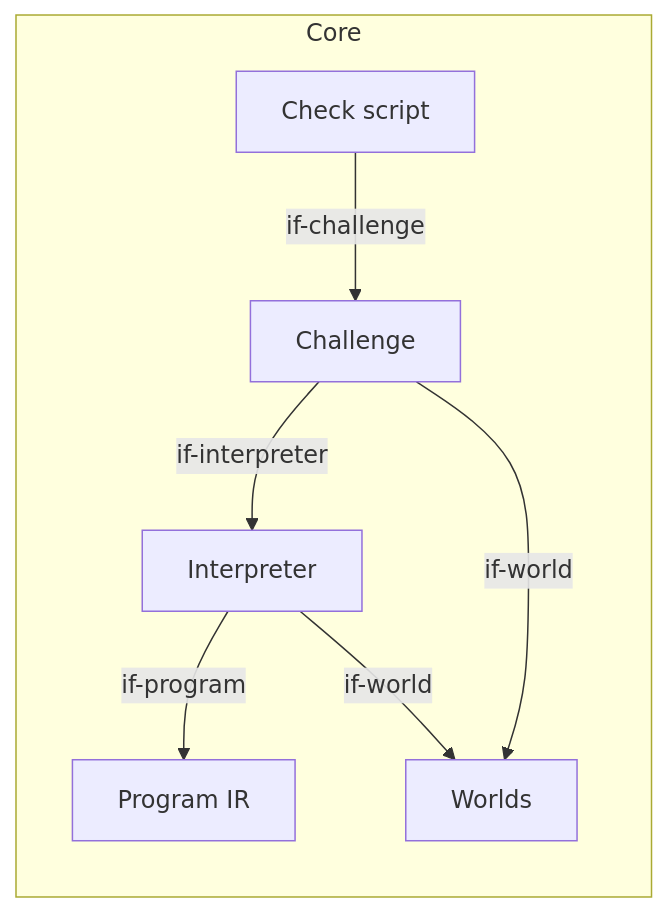
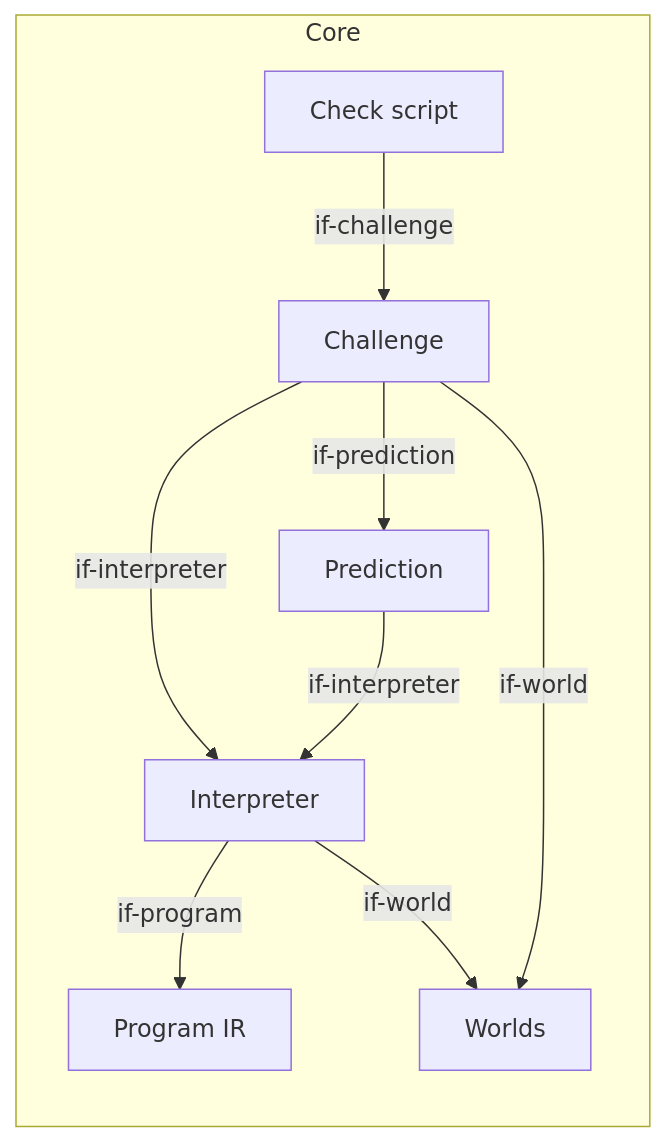
The fourth of 6 diagrams in docs/arc42/05-building-blocks.arc42.md (lernapps/coding), drawn with Mermaid before and after one commit. The commit also changed other lines of this file and 51 other files, not shown here.

````diff
--- a/docs/arc42/05-building-blocks.arc42.md
+++ b/docs/arc42/05-building-blocks.arc42.md
@@ -739,15 +740,18 @@
 ```mermaid
 flowchart LR
     subgraph bb-interactive-core["Core"]
         bb-program["Program IR"]
         bb-interpreter["Interpreter"]
         bb-challenge["Challenge"]
         bb-worlds["Worlds"]
+        bb-prediction["Prediction"]
         bb-check-script["Check script"]
     end
     bb-interpreter -->|"if-program"| bb-program
     bb-interpreter -->|"if-world"| bb-worlds
     bb-challenge -->|"if-interpreter"| bb-interpreter
     bb-challenge -->|"if-world"| bb-worlds
+    bb-challenge -->|"if-prediction"| bb-prediction
+    bb-prediction -->|"if-interpreter"| bb-interpreter
     bb-check-script -->|"if-challenge"| bb-challenge
 ```
````
